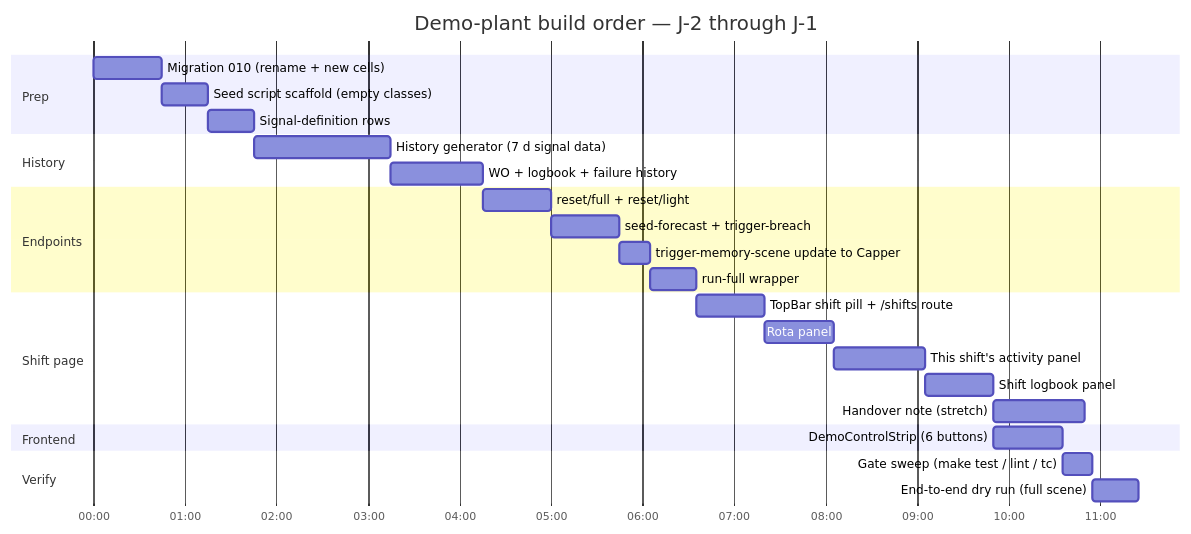
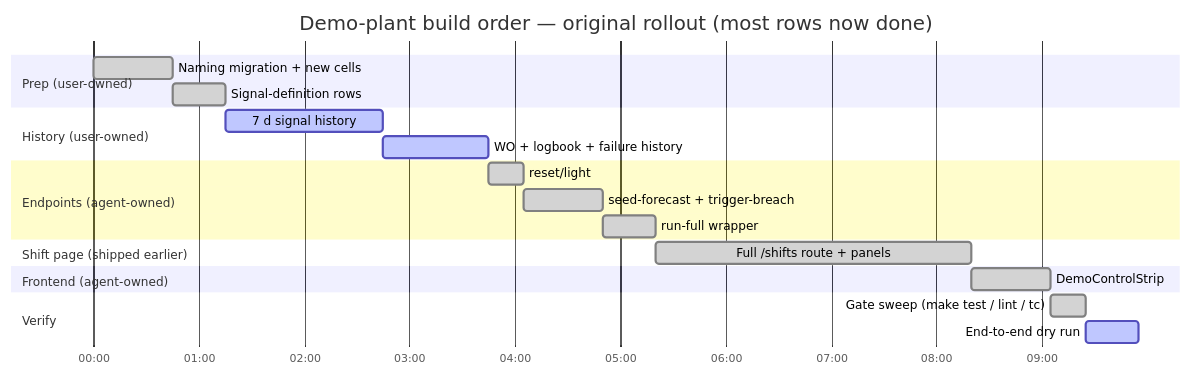
The fourth of 4 diagrams in docs/planning/M9-polish-e2e/demo-plant-design.md (zestones/Aria), drawn with Mermaid before and after one commit. The commit also changed other lines of this file and 2 other files, not shown here.

Commit message:
feat: add demo-seed-content.md for user seed reference and update demo-build-spec.md with new content details

````diff
--- a/docs/planning/M9-polish-e2e/demo-plant-design.md
+++ b/docs/planning/M9-polish-e2e/demo-plant-design.md
@@ -467,29 +468,23 @@
 ```mermaid
 gantt
-    title Demo-plant build order — J-2 through J-1
+    title Demo-plant build order — original rollout (most rows now done)
     dateFormat  HH:mm
     axisFormat %H:%M
-    section Prep
-    Migration 010 (rename + new cells)     :m1, 00:00, 45m
-    Seed script scaffold (empty classes)   :m2, after m1, 30m
-    Signal-definition rows                 :m3, after m2, 30m
-    section History
-    History generator (7 d signal data)    :h1, after m3, 90m
-    WO + logbook + failure history         :h2, after h1, 60m
-    section Endpoints
-    reset/full + reset/light               :e1, after h2, 45m
-    seed-forecast + trigger-breach         :e2, after e1, 45m
-    trigger-memory-scene update to Capper  :e3, after e2, 20m
-    run-full wrapper                       :e4, after e3, 30m
-    section Shift page
-    TopBar shift pill + /shifts route      :s1, after e4, 45m
-    Rota panel                             :s2, after s1, 45m
-    This shift's activity panel            :s3, after s2, 60m
-    Shift logbook panel                    :s4, after s3, 45m
-    Handover note (stretch)                :s5, after s4, 60m
-    section Frontend
-    DemoControlStrip (6 buttons)           :f1, after s4, 45m
+    section Prep (user-owned)
+    Naming migration + new cells           :done, m1, 00:00, 45m
+    Signal-definition rows                 :done, m3, after m1, 30m
+    section History (user-owned)
+    7 d signal history                     :active, h1, after m3, 90m
+    WO + logbook + failure history         :active, h2, after h1, 60m
+    section Endpoints (agent-owned)
+    reset/light                            :done, e1, after h2, 20m
+    seed-forecast + trigger-breach         :done, e2, after e1, 45m
+    run-full wrapper                       :done, e4, after e2, 30m
+    section Shift page (shipped earlier)
+    Full /shifts route + panels            :done, s1, after e4, 3h
+    section Frontend (agent-owned)
+    DemoControlStrip                       :done, f1, after s1, 45m
     section Verify
-    Gate sweep (make test / lint / tc)     :v1, after f1, 20m
-    End-to-end dry run (full scene)        :v2, after v1, 30m
+    Gate sweep (make test / lint / tc)     :done, v1, after f1, 20m
+    End-to-end dry run                     :active, v2, after v1, 30m
 ```
````
